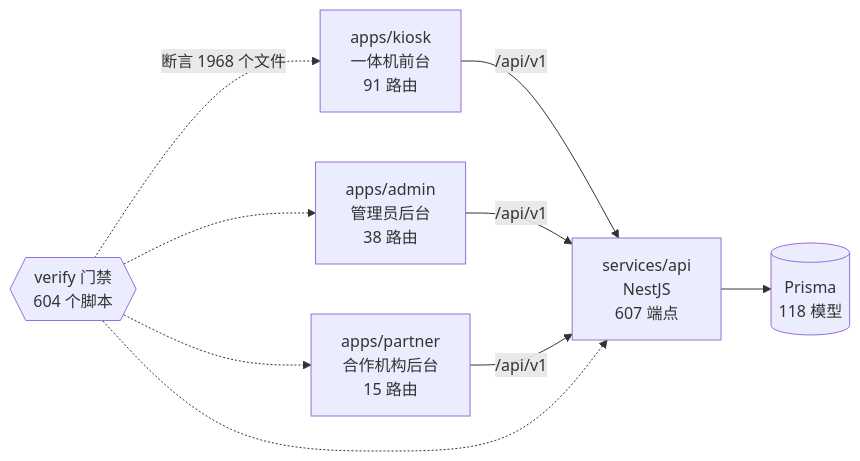
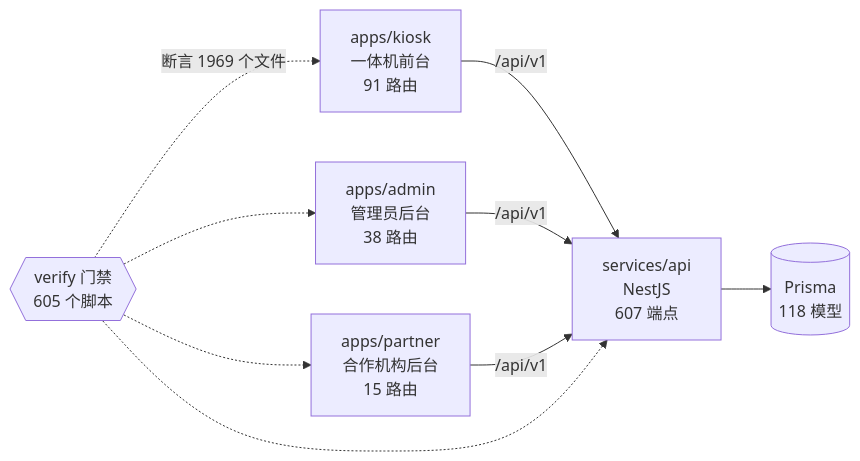
Before and after one commit to wanglei581/YITIJI: the diagram in docs/graph/README.md, drawn with Mermaid. The commit also changed other lines of this file and 14 other files, not shown here.

````diff
--- a/docs/graph/README.md
+++ b/docs/graph/README.md
@@ -68,18 +68,18 @@
 ```mermaid
 flowchart LR
   kiosk["apps/kiosk<br/>一体机前台<br/>91 路由"]
   admin["apps/admin<br/>管理员后台<br/>38 路由"]
   partner["apps/partner<br/>合作机构后台<br/>15 路由"]
   api["services/api<br/>NestJS<br/>607 端点"]
   db[("Prisma<br/>118 模型")]
-  gates{{"verify 门禁<br/>604 个脚本"}}
+  gates{{"verify 门禁<br/>605 个脚本"}}
 
   kiosk -->|"/api/v1"| api
   admin -->|"/api/v1"| api
   partner -->|"/api/v1"| api
   api --> db
-  gates -.->|"断言 1968 个文件"| kiosk
+  gates -.->|"断言 1969 个文件"| kiosk
   gates -.-> admin
   gates -.-> partner
   gates -.-> api
 ```
````
